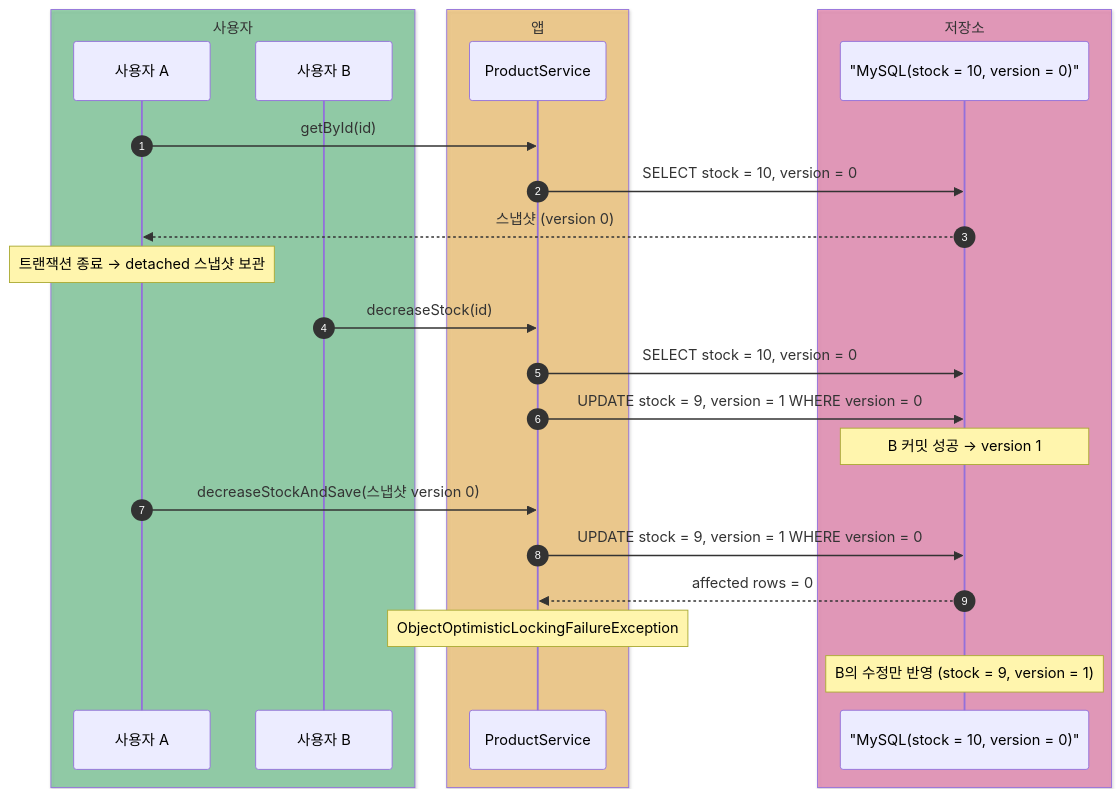
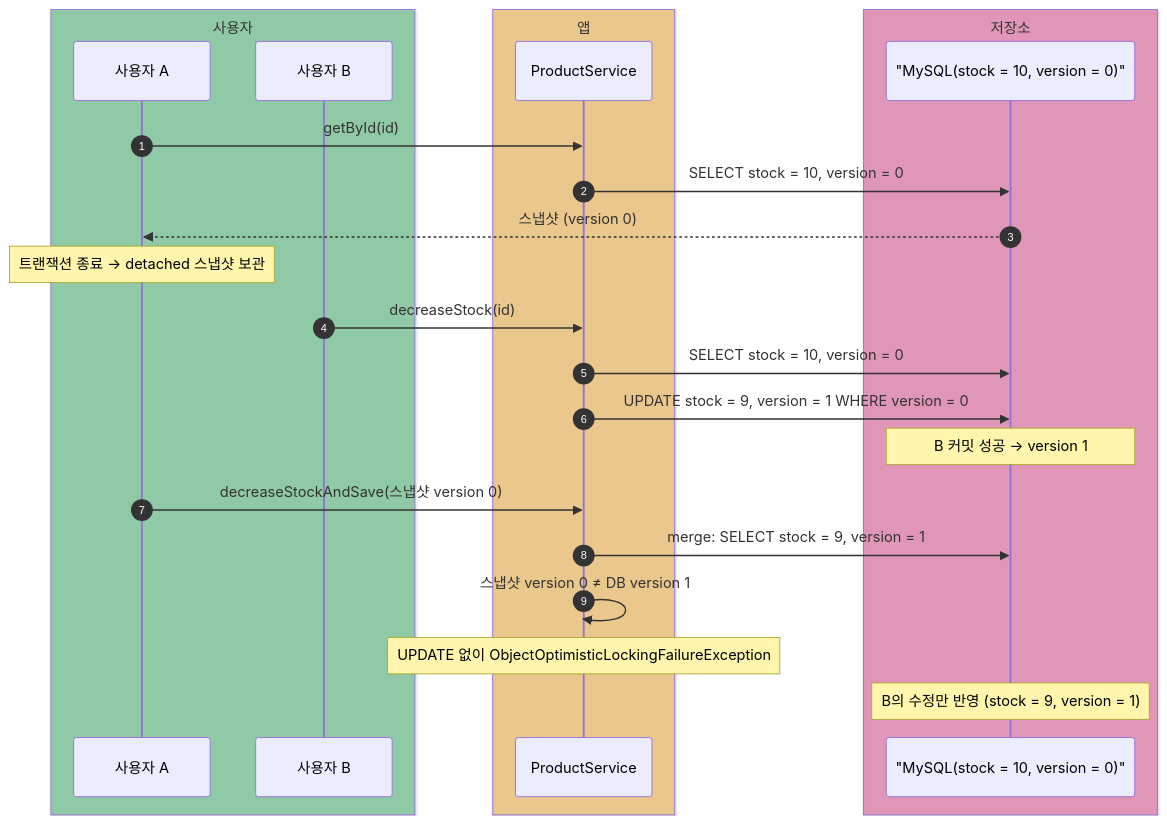
Before and after one commit to HJC96/deep-dive: the third of 4 diagrams in labs/spring-data-jpa/README.md, drawn with Mermaid. The commit also changed other lines of this file and 5 other files, not shown here.

````diff
--- a/labs/spring-data-jpa/README.md
+++ b/labs/spring-data-jpa/README.md
@@ -157,31 +169,31 @@
 ```mermaid
 sequenceDiagram
     autonumber
     box rgba(22, 163, 74, 0.40) 사용자
     participant A as 사용자 A
     participant B as 사용자 B
     end
     box rgba(245, 158, 11, 0.40) 앱
     participant Service as ProductService
     end
     box rgba(219, 39, 119, 0.40) 저장소
     participant DB as "MySQL(stock = 10, version = 0)"
     end
 
     A->>Service: getById(id)
     Service->>DB: SELECT stock = 10, version = 0
     DB-->>A: 스냅샷 (version 0)
     Note over A: 트랜잭션 종료 → detached 스냅샷 보관
 
     B->>Service: decreaseStock(id)
     Service->>DB: SELECT stock = 10, version = 0
     Service->>DB: UPDATE stock = 9, version = 1 WHERE version = 0
     Note over DB: B 커밋 성공 → version 1
 
     A->>Service: decreaseStockAndSave(스냅샷 version 0)
-    Service->>DB: UPDATE stock = 9, version = 1 WHERE version = 0
-    DB-->>Service: affected rows = 0
-    Note over Service: ObjectOptimisticLockingFailureException
+    Service->>DB: merge: SELECT stock = 9, version = 1
+    Service->>Service: 스냅샷 version 0 ≠ DB version 1
+    Note over Service: UPDATE 없이 ObjectOptimisticLockingFailureException
 
     Note over DB: B의 수정만 반영 (stock = 9, version = 1)
 ```
````
